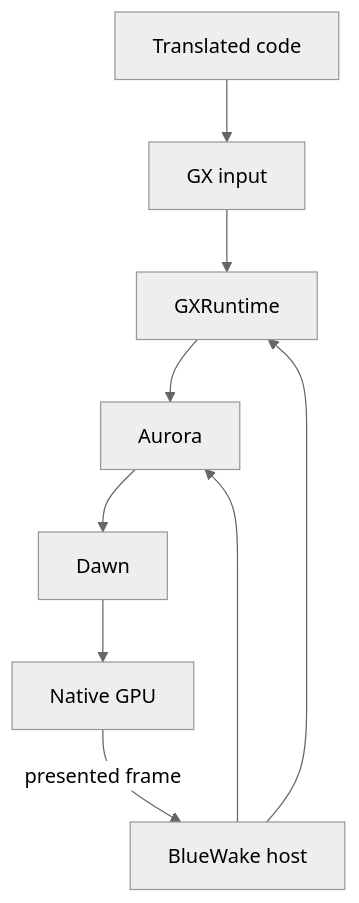
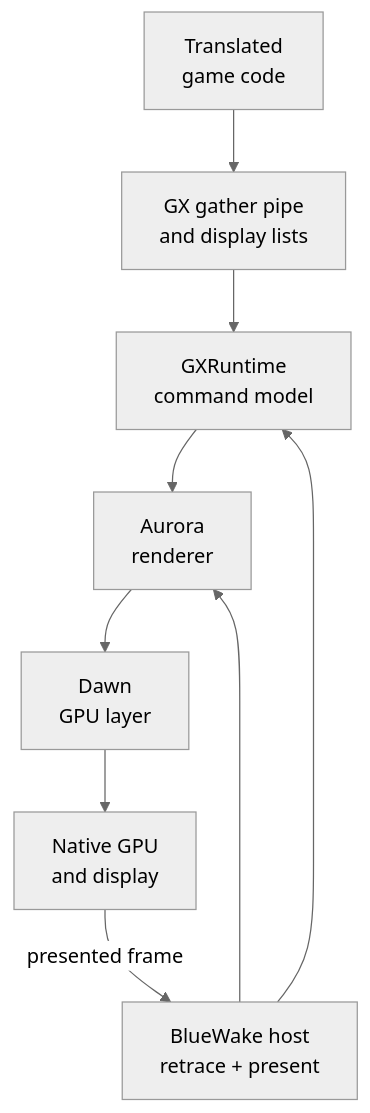
The diagram in docs/architecture/runtime/Graphics.md (Aelbannan/boat_of_daphnes), drawn with Mermaid (neutral theme) before and after one commit. The commit also changed 6 other files, not shown here.

Commit message:
docs: preserve labels with Mermaid line breaks

````diff
--- a/docs/architecture/runtime/Graphics.md
+++ b/docs/architecture/runtime/Graphics.md
@@ -19,15 +19,22 @@
 ```mermaid
 flowchart TD
-    Game["Translated code"]
-    FIFO["GX input"]
-    GX["GXRuntime"]
-    Aurora["Aurora"]
-    Dawn["Dawn"]
-    GPU["Native GPU"]
-    Host["BlueWake host"]
+    Game["`Translated
+game code`"]
+    FIFO["`GX gather pipe
+and display lists`"]
+    GX["`GXRuntime
+command model`"]
+    Aurora["`Aurora
+renderer`"]
+    Dawn["`Dawn
+GPU layer`"]
+    GPU["`Native GPU
+and display`"]
+    Host["`BlueWake host
+retrace + present`"]
 
     Game --> FIFO --> GX --> Aurora --> Dawn --> GPU
     Host --> GX
     Host --> Aurora
     GPU -->|"presented frame"| Host
 ```
````
